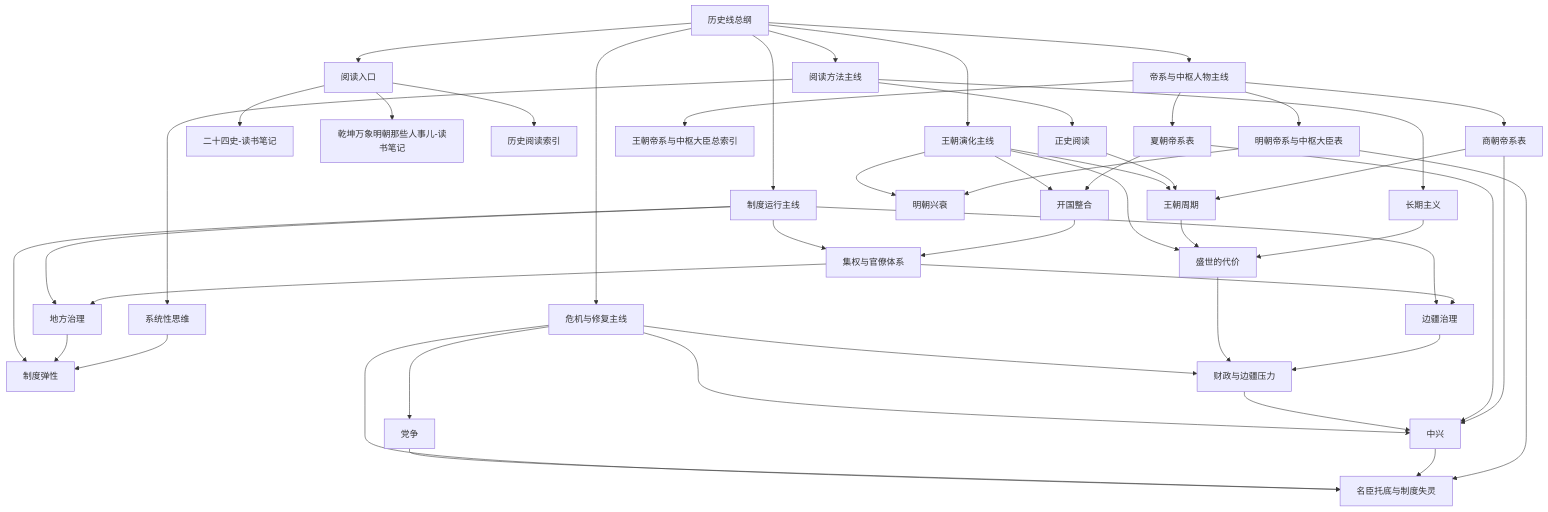
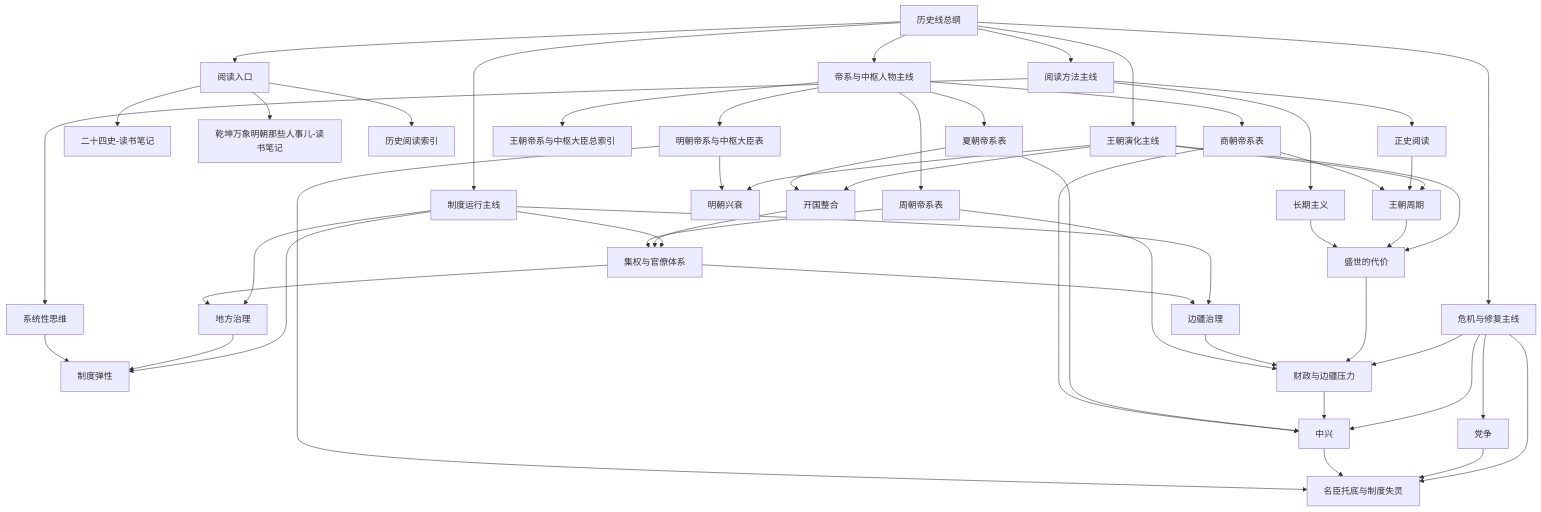
One commit to zhuguang-ZFG/reading changed the diagram in 历史线总纲.md. Above: the diagram before and after it, drawn with Mermaid. The commit also changed other lines of this file and 4 other files, not shown here.

````diff
--- a/历史线总纲.md
+++ b/历史线总纲.md
@@ -23,59 +23,62 @@
 ```mermaid
 flowchart TD
     A[历史线总纲]
 
     A --> B[阅读入口]
     A --> C[王朝演化主线]
     A --> D[制度运行主线]
     A --> E[危机与修复主线]
     A --> F[阅读方法主线]
     A --> G[帝系与中枢人物主线]
 
     B --> B1[二十四史-读书笔记]
     B --> B2[乾坤万象明朝那些人事儿-读书笔记]
     B --> B3[历史阅读索引]
 
     C --> C1[开国整合]
     C --> C2[王朝周期]
     C --> C3[盛世的代价]
     C --> C4[明朝兴衰]
 
     D --> D1[集权与官僚体系]
     D --> D2[地方治理]
     D --> D3[边疆治理]
     D --> D4[制度弹性]
 
     E --> E1[财政与边疆压力]
     E --> E2[党争]
     E --> E3[中兴]
     E --> E4[名臣托底与制度失灵]
 
     F --> F1[正史阅读]
     F --> F2[系统性思维]
     F --> F3[长期主义]
 
     G --> G1[王朝帝系与中枢大臣总索引]
     G --> G2[夏朝帝系表]
     G --> G3[商朝帝系表]
-    G --> G4[明朝帝系与中枢大臣表]
+    G --> G4[周朝帝系表]
+    G --> G5[明朝帝系与中枢大臣表]
 
     C1 --> D1
     C2 --> C3
     C3 --> E1
     D1 --> D2
     D1 --> D3
     D2 --> D4
     D3 --> E1
     E1 --> E3
     E2 --> E4
     E3 --> E4
     F1 --> C2
     F2 --> D4
     F3 --> C3
     G2 --> C1
     G2 --> E3
     G3 --> C2
     G3 --> E3
-    G4 --> C4
-    G4 --> E4
+    G4 --> D1
+    G4 --> E1
+    G5 --> C4
+    G5 --> E4
 ```
````
